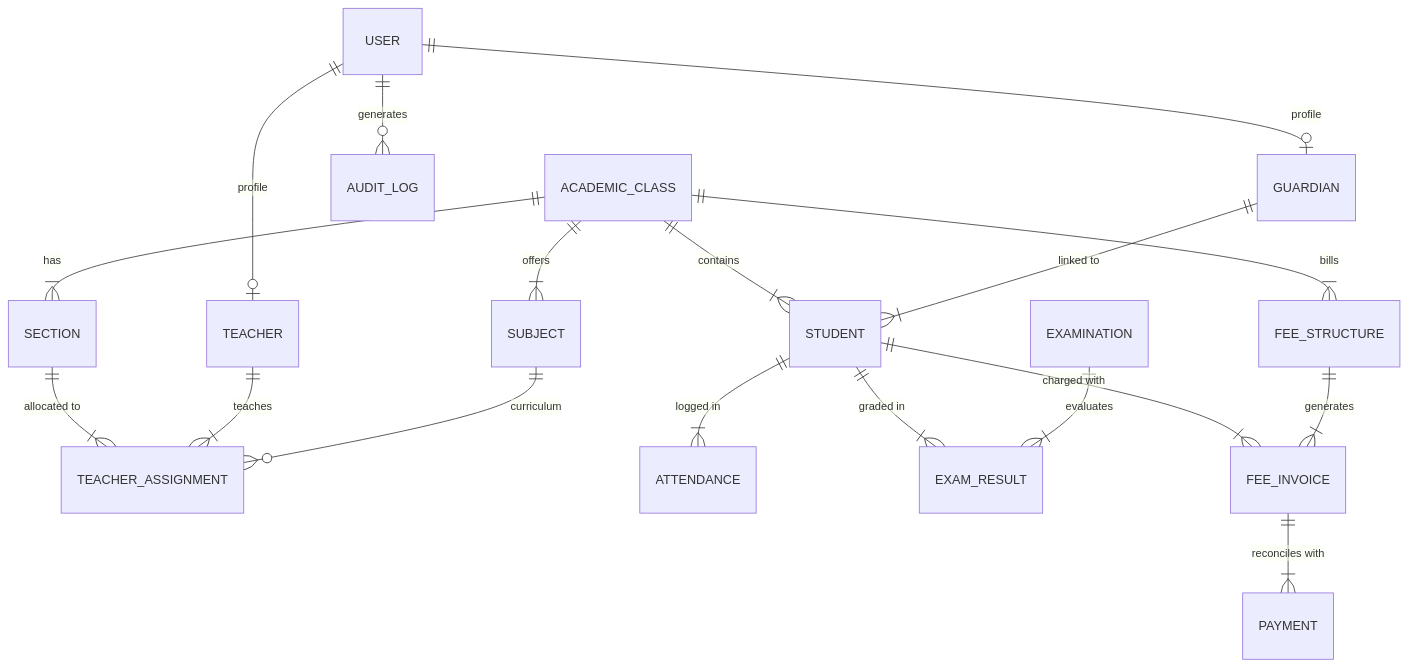
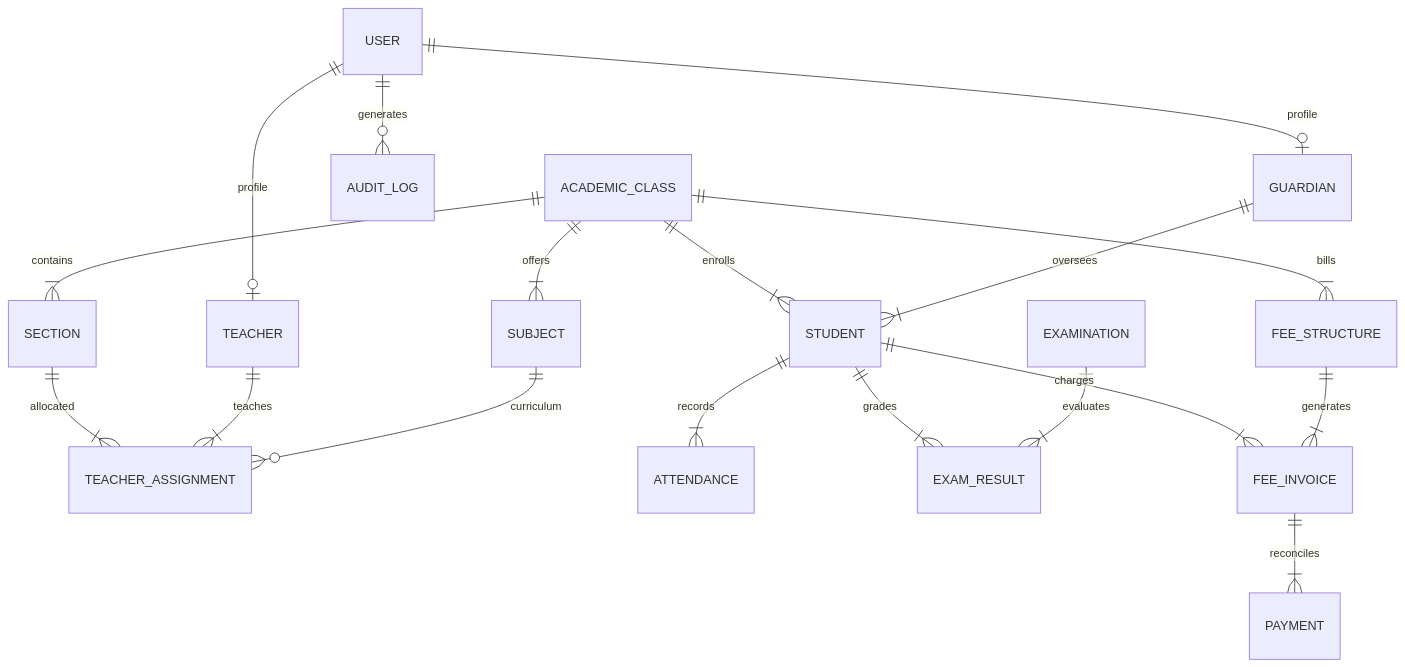
Before and after one commit to nilanshukumarsingh/School-Management-System: the diagram in README.md, drawn with Mermaid. The commit also changed 18 other files, not shown here.

Commit message:
feat(ui): replace all native selects with custom dropdowns, load Google fonts, enhance executive navbar, and fix Mermaid ER diagram

````diff
--- a/README.md
+++ b/README.md
@@ -191,25 +191,25 @@
 ```mermaid
 erDiagram
-    USER ||--o| TEACHER : "profile"
-    USER ||--o| GUARDIAN : "profile"
-    USER ||--o{ AUDIT_LOG : "generates"
+    USER ||--o| TEACHER : profile
+    USER ||--o| GUARDIAN : profile
+    USER ||--o{ AUDIT_LOG : generates
 
-    ACADEMIC_CLASS ||--|{ SECTION : "has"
-    ACADEMIC_CLASS ||--|{ SUBJECT : "offers"
-    ACADEMIC_CLASS ||--|{ STUDENT : "contains"
-    ACADEMIC_CLASS ||--|{ FEE_STRUCTURE : "bills"
+    ACADEMIC_CLASS ||--|{ SECTION : contains
+    ACADEMIC_CLASS ||--|{ SUBJECT : offers
+    ACADEMIC_CLASS ||--|{ STUDENT : enrolls
+    ACADEMIC_CLASS ||--|{ FEE_STRUCTURE : bills
 
-    SECTION ||--|{ TEACHER_ASSIGNMENT : "allocated to"
-    TEACHER ||--|{ TEACHER_ASSIGNMENT : "teaches"
-    SUBJECT ||--o{ TEACHER_ASSIGNMENT : "curriculum"
+    SECTION ||--|{ TEACHER_ASSIGNMENT : allocated
+    TEACHER ||--|{ TEACHER_ASSIGNMENT : teaches
+    SUBJECT ||--o{ TEACHER_ASSIGNMENT : curriculum
 
-    GUARDIAN ||--|{ STUDENT : "linked to"
+    GUARDIAN ||--|{ STUDENT : oversees
 
-    STUDENT ||--|{ ATTENDANCE : "logged in"
-    STUDENT ||--|{ EXAM_RESULT : "graded in"
-    STUDENT ||--|{ FEE_INVOICE : "charged with"
+    STUDENT ||--|{ ATTENDANCE : records
+    STUDENT ||--|{ EXAM_RESULT : grades
+    STUDENT ||--|{ FEE_INVOICE : charges
 
-    EXAMINATION ||--|{ EXAM_RESULT : "evaluates"
-    FEE_STRUCTURE ||--|{ FEE_INVOICE : "generates"
-    FEE_INVOICE ||--|{ PAYMENT : "reconciles with"
+    EXAMINATION ||--|{ EXAM_RESULT : evaluates
+    FEE_STRUCTURE ||--|{ FEE_INVOICE : generates
+    FEE_INVOICE ||--|{ PAYMENT : reconciles
 ```
````
